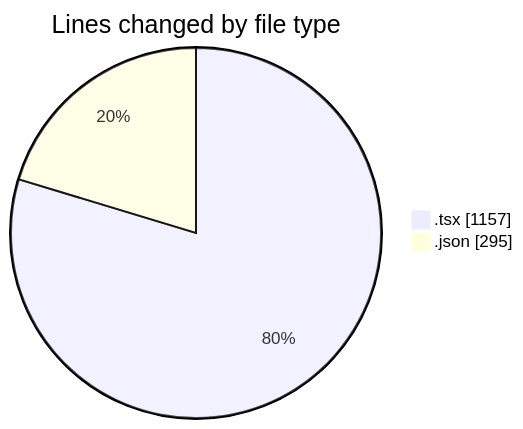
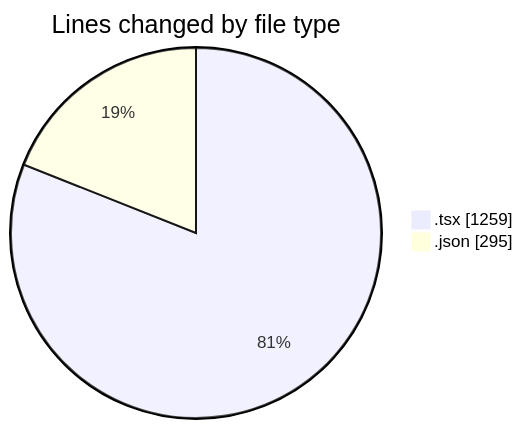
Before and after one commit to julien-gomy/code-tracking: the first of 2 diagrams in 2025-10-11/eventscop-frontend-guide__workspace_/README.md, drawn with Mermaid. The commit also changed other lines of this file and 1 other file, not shown here.

````diff
--- a/2025-10-11/eventscop-frontend-guide__workspace_/README.md
+++ b/2025-10-11/eventscop-frontend-guide__workspace_/README.md
@@ -30,6 +32,6 @@
 ```mermaid
 pie showData
 title Lines changed by file type
-".tsx" : 1157
+".tsx" : 1259
 ".json" : 295
 ```
````
